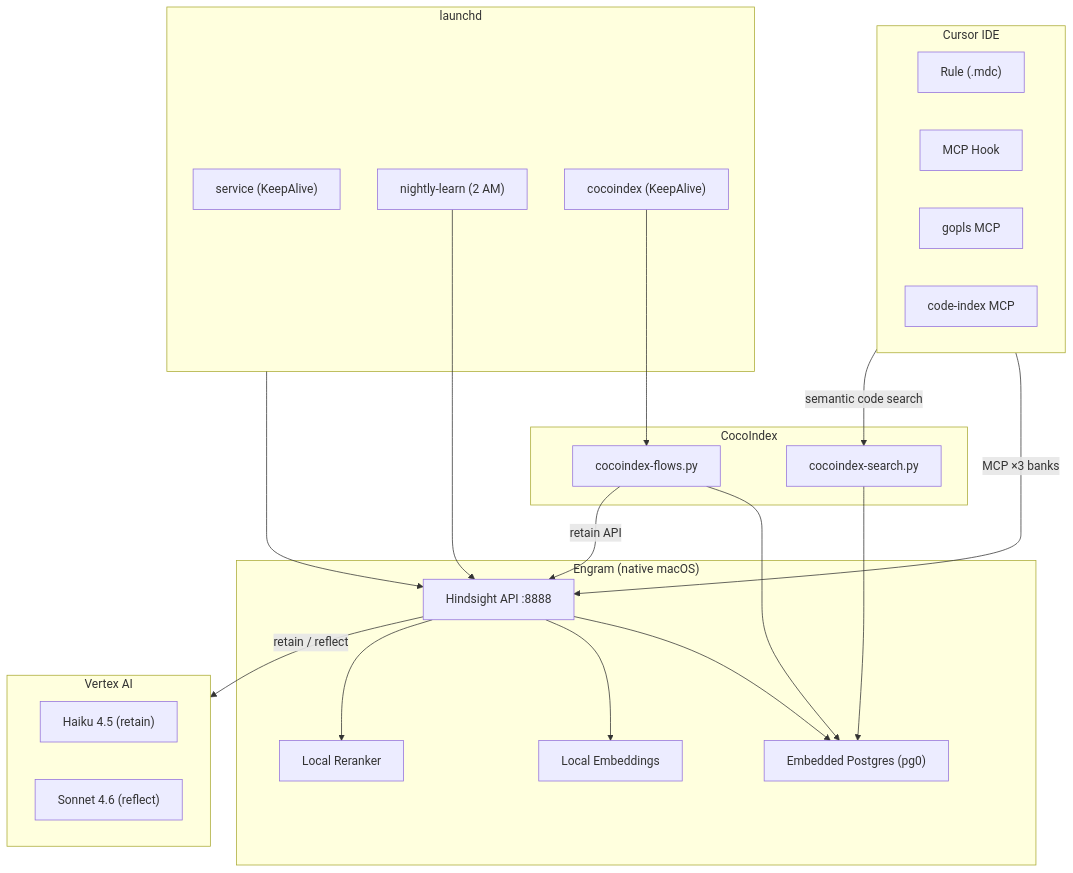
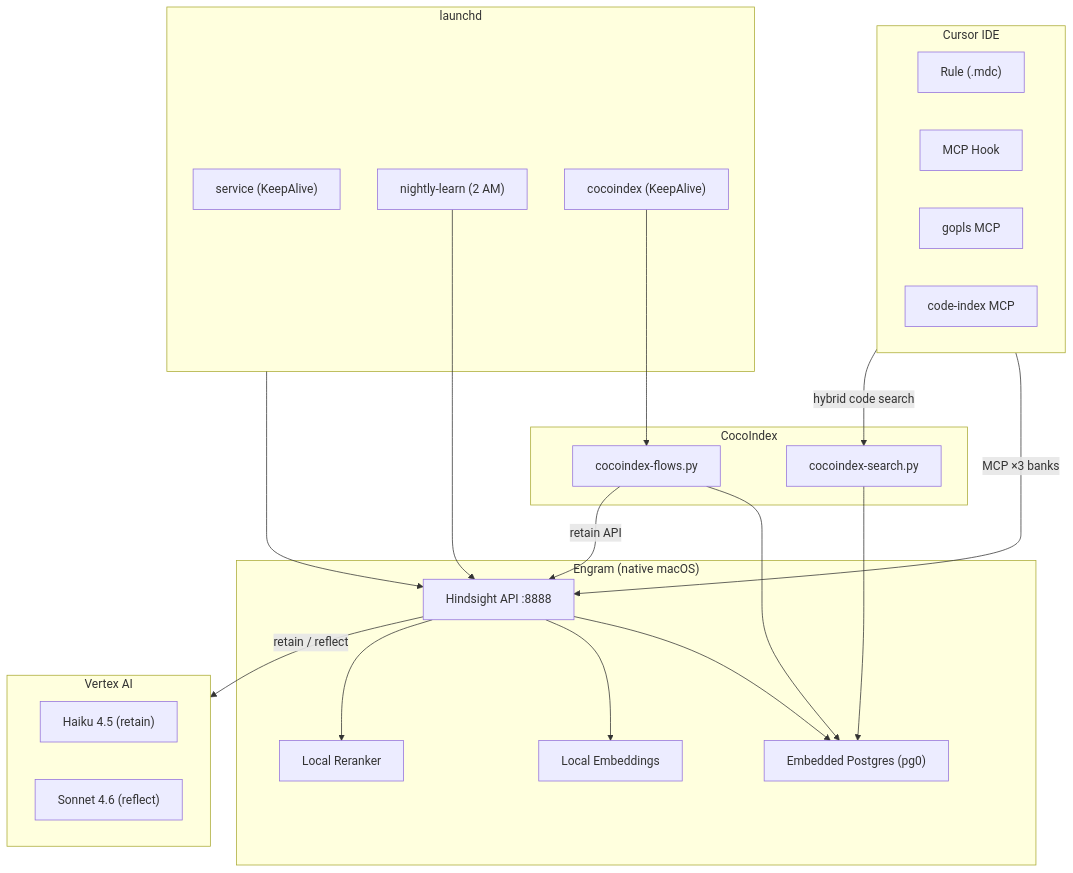
The second of 3 diagrams in README.md (jordigilh/engram), drawn with Mermaid before and after one commit. The commit also changed other lines of this file and 4 other files, not shown here.

First line of the commit message:
Update documentation for hybrid code search

````diff
--- a/README.md
+++ b/README.md
@@ -75,45 +75,45 @@
 ```mermaid
 graph TB
     subgraph cursor["Cursor IDE"]
         rule["Rule (.mdc)"]
         hook["MCP Hook"]
         gopls["gopls MCP"]
         code_mcp["code-index MCP"]
     end
 
     subgraph engram["Engram (native macOS)"]
         api["Hindsight API :8888"]
         pg["Embedded Postgres (pg0)"]
         emb["Local Embeddings"]
         rerank["Local Reranker"]
     end
 
     subgraph cocoindex_engine["CocoIndex"]
         coco["cocoindex-flows.py"]
         coco_search["cocoindex-search.py"]
         coco --> pg
         coco_search --> pg
     end
 
     subgraph vertex["Vertex AI"]
         haiku["Haiku 4.5 (retain)"]
         sonnet["Sonnet 4.6 (reflect)"]
     end
 
     subgraph launchd["launchd"]
         svc["service (KeepAlive)"]
         nightly["nightly-learn (2 AM)"]
         coco_svc["cocoindex (KeepAlive)"]
     end
 
     cursor -->|"MCP ×3 banks"| api
-    cursor -->|"semantic code search"| coco_search
+    cursor -->|"hybrid code search"| coco_search
     api --> pg
     api --> emb
     api --> rerank
     api -->|"retain / reflect"| vertex
     launchd --> api
     nightly --> api
     coco_svc --> coco
     coco -->|"retain API"| api
 ```
````
